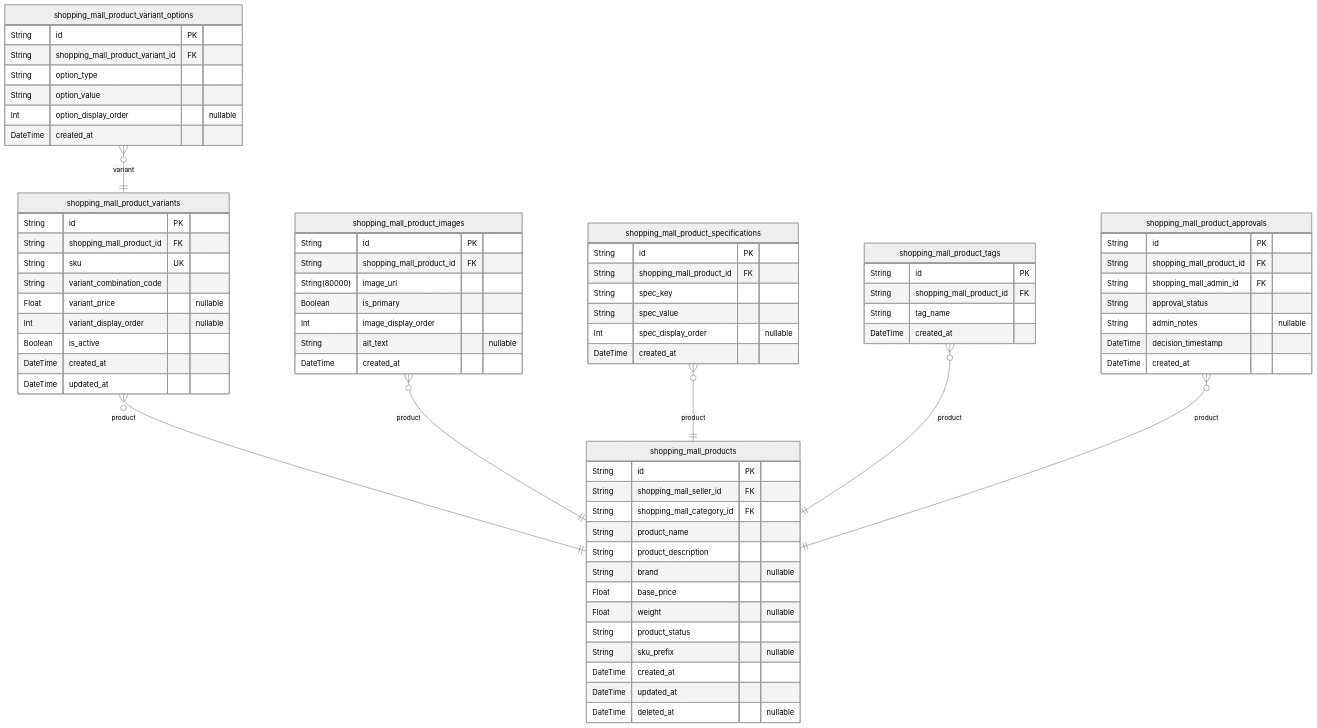
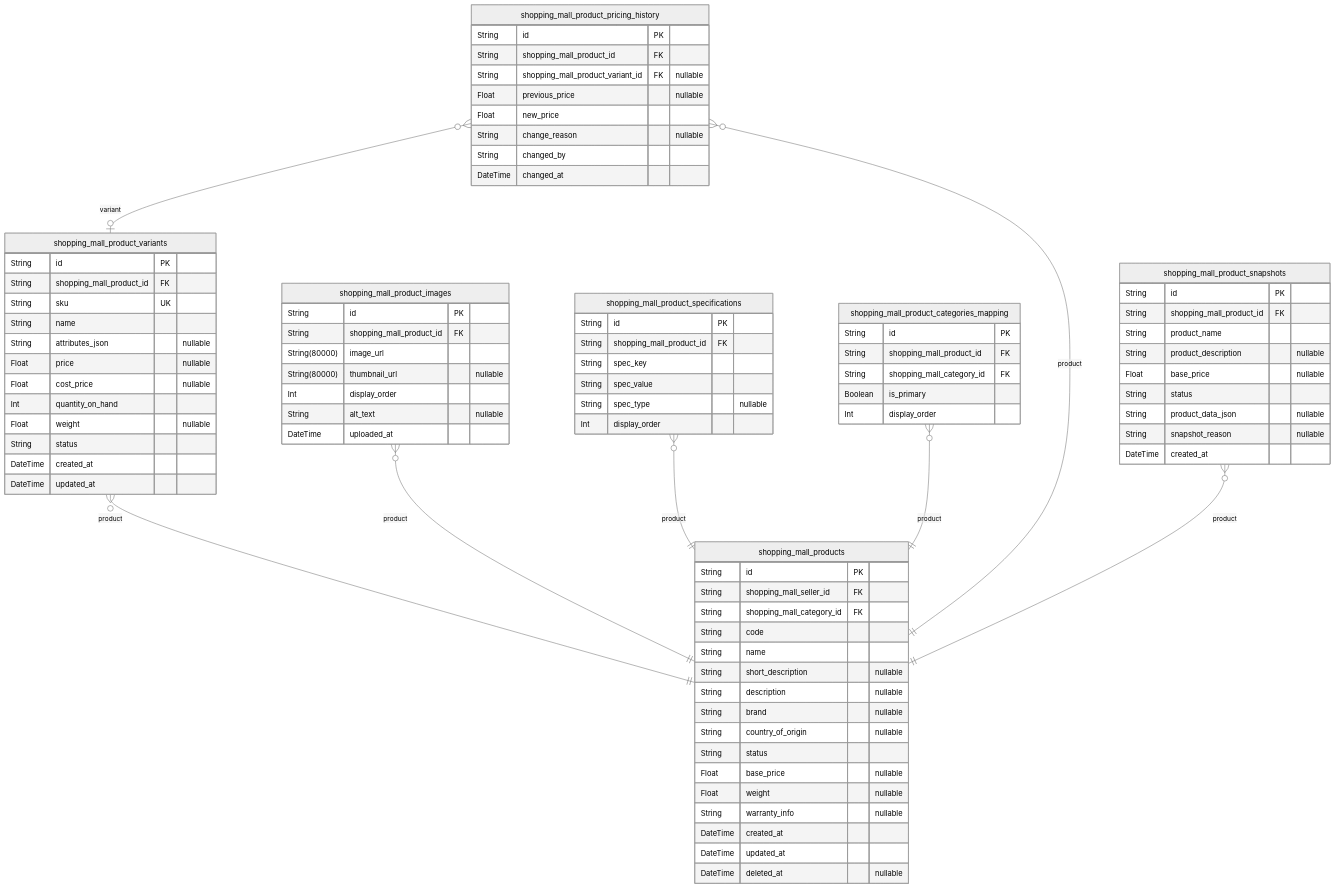
Before and after one commit to wrtnlabs/autobe-examples: the third of 12 diagrams in anthropic/claude-haiku-4.5/shopping/docs/ERD.md, drawn with Mermaid (neutral theme). The commit also changed other lines of this file and 16146 other files, not shown here.

````diff
--- a/anthropic/claude-haiku-4.5/shopping/docs/ERD.md
+++ b/anthropic/claude-haiku-4.5/shopping/docs/ERD.md
@@ -1351,13 +1196,16 @@
   String id PK
   String shopping_mall_seller_id FK
   String shopping_mall_category_id FK
-  String product_name
-  String product_description
+  String code
+  String name
+  String short_description "nullable"
+  String description "nullable"
   String brand "nullable"
-  Float base_price
+  String country_of_origin "nullable"
+  String status
+  Float base_price "nullable"
   Float weight "nullable"
-  String product_status
-  String sku_prefix "nullable"
+  String warranty_info "nullable"
   DateTime created_at
   DateTime updated_at
   DateTime deleted_at "nullable"
@@ -1366,57 +1214,66 @@
   String id PK
   String shopping_mall_product_id FK
   String sku UK
-  String variant_combination_code
-  Float variant_price "nullable"
-  Int variant_display_order "nullable"
-  Boolean is_active
+  String name
+  String attributes_json "nullable"
+  Float price "nullable"
+  Float cost_price "nullable"
+  Int quantity_on_hand
+  Float weight "nullable"
+  String status
   DateTime created_at
   DateTime updated_at
-}
-"shopping_mall_product_variant_options" {
-  String id PK
-  String shopping_mall_product_variant_id FK
-  String option_type
-  String option_value
-  Int option_display_order "nullable"
-  DateTime created_at
 }
 "shopping_mall_product_images" {
   String id PK
   String shopping_mall_product_id FK
   String(80000) image_url
-  Boolean is_primary
-  Int image_display_order
+  String(80000) thumbnail_url "nullable"
+  Int display_order
   String alt_text "nullable"
-  DateTime created_at
+  DateTime uploaded_at
 }
 "shopping_mall_product_specifications" {
   String id PK
   String shopping_mall_product_id FK
   String spec_key
   String spec_value
-  Int spec_display_order "nullable"
-  DateTime created_at
+  String spec_type "nullable"
+  Int display_order
 }
-"shopping_mall_product_tags" {
+"shopping_mall_product_categories_mapping" {
   String id PK
   String shopping_mall_product_id FK
-  String tag_name
-  DateTime created_at
+  String shopping_mall_category_id FK
+  Boolean is_primary
+  Int display_order
 }
-"shopping_mall_product_approvals" {
+"shopping_mall_product_pricing_history" {
   String id PK
   String shopping_mall_product_id FK
-  String shopping_mall_admin_id FK
-  String approval_status
-  String admin_notes "nullable"
-  DateTime decision_timestamp
+  String shopping_mall_product_variant_id FK "nullable"
+  Float previous_price "nullable"
+  Float new_price
+  String change_reason "nullable"
+  String changed_by
+  DateTime changed_at
+}
+"shopping_mall_product_snapshots" {
+  String id PK
+  String shopping_mall_product_id FK
+  String product_name
+  String product_description "nullable"
+  Float base_price "nullable"
+  String status
+  String product_data_json "nullable"
+  String snapshot_reason "nullable"
   DateTime created_at
 }
 "shopping_mall_product_variants" }o--|| "shopping_mall_products" : product
-"shopping_mall_product_variant_options" }o--|| "shopping_mall_product_variants" : variant
 "shopping_mall_product_images" }o--|| "shopping_mall_products" : product
 "shopping_mall_product_specifications" }o--|| "shopping_mall_products" : product
-"shopping_mall_product_tags" }o--|| "shopping_mall_products" : product
-"shopping_mall_product_approvals" }o--|| "shopping_mall_products" : product
+"shopping_mall_product_categories_mapping" }o--|| "shopping_mall_products" : product
+"shopping_mall_product_pricing_history" }o--|| "shopping_mall_products" : product
+"shopping_mall_product_pricing_history" }o--o| "shopping_mall_product_variants" : variant
+"shopping_mall_product_snapshots" }o--|| "shopping_mall_products" : product
 ```
````
